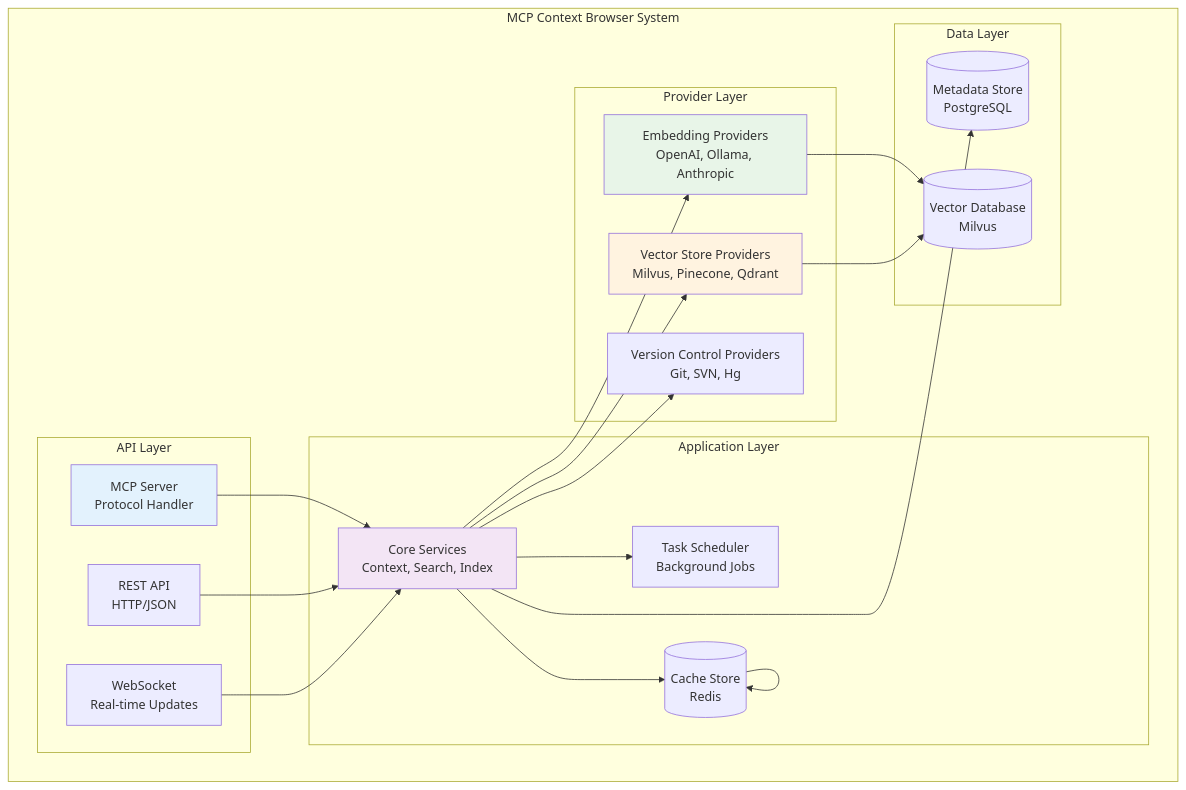
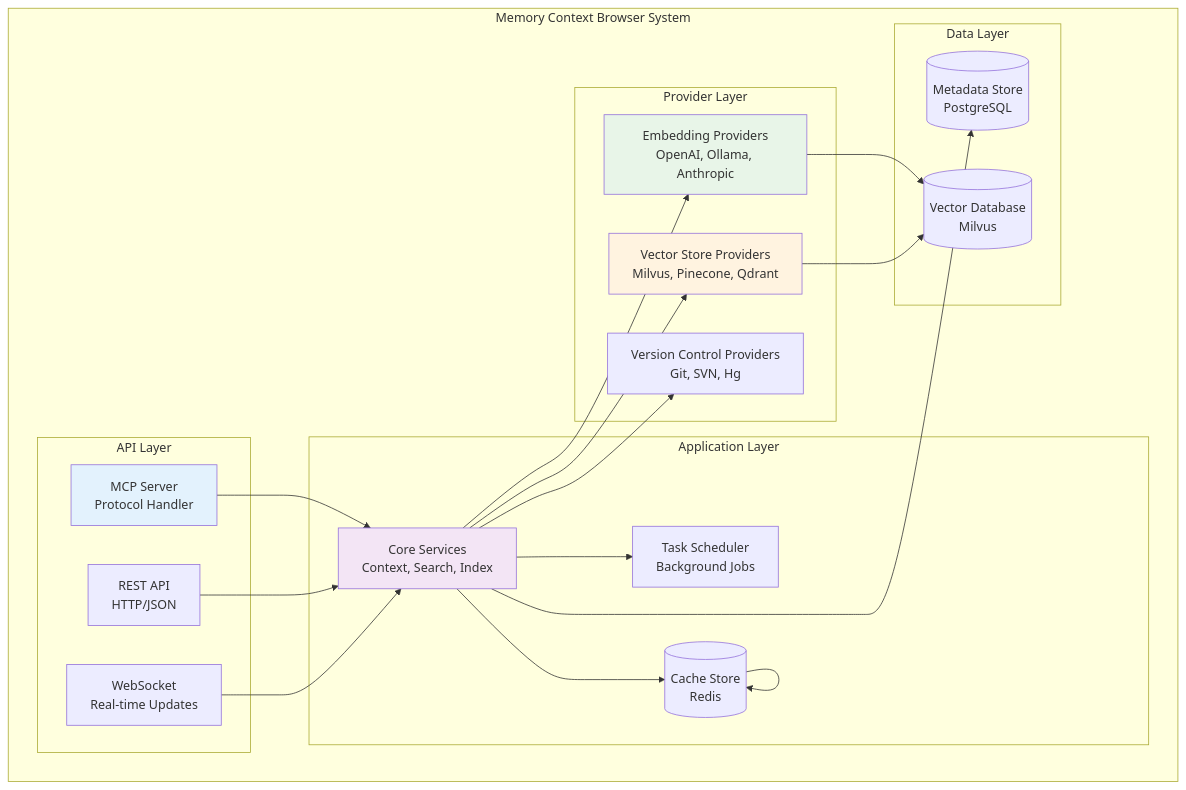
The second of 6 diagrams in docs/architecture/ARCHITECTURE.md (marlonsc/mcb), drawn with Mermaid before and after one commit. The commit also changed other lines of this file and 64 other files, not shown here.

First line of the commit message:
refactor: rename MCP Context Browser to Memory Context Browser across documentation

````diff
--- a/docs/architecture/ARCHITECTURE.md
+++ b/docs/architecture/ARCHITECTURE.md
@@ -157,48 +157,48 @@
 ```mermaid
 graph TB
-    subgraph "MCP Context Browser System"
+    subgraph "Memory Context Browser System"
         subgraph "API Layer"
             MCP[MCP Server<br/>Protocol Handler]
             REST[REST API<br/>HTTP/JSON]
             WS[WebSocket<br/>Real-time Updates]
         end
 
         subgraph "Application Layer"
             CORE[Core Services<br/>Context, Search, Index]
             TASK[Task Scheduler<br/>Background Jobs]
             CACHE[Cache Manager<br/>Redis Interface]
         end
 
         subgraph "Provider Layer"
             EMB[Embedding Providers<br/>OpenAI, Ollama, Anthropic]
             VDB[Vector Store Providers<br/>Milvus, Pinecone, Qdrant]
             VCS[Version Control Providers<br/>Git, SVN, Hg]
         end
 
         subgraph "Data Layer"
             METADATA[(Metadata Store<br/>PostgreSQL)]
             VECTORS[(Vector Database<br/>Milvus)]
             CACHE[(Cache Store<br/>Redis)]
         end
     end
 
     MCP --> CORE
     REST --> CORE
     WS --> CORE
 
     CORE --> EMB
     CORE --> VDB
     CORE --> VCS
     CORE --> TASK
     CORE --> CACHE
 
     EMB --> VECTORS
     VDB --> VECTORS
     CORE --> METADATA
     CACHE --> CACHE
 
     style MCP fill:#e3f2fd
     style CORE fill:#f3e5f5
     style EMB fill:#e8f5e8
     style VDB fill:#fff3e0
 ```
````
